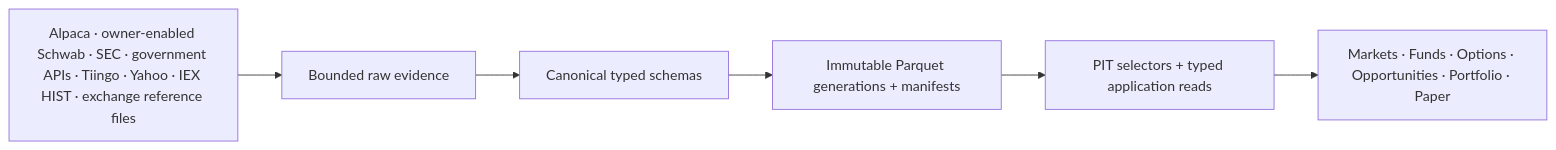
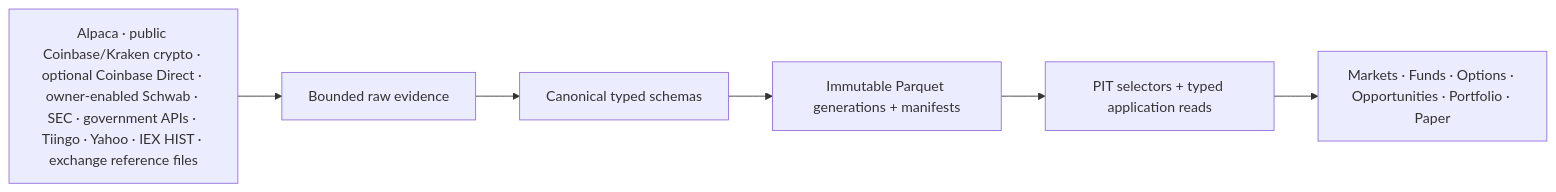
One commit to Sawmonabo/market-squawk changed the second of 4 diagrams in docs/architecture/market-data-provider-architecture.md. Above: the diagram before and after it, drawn with Mermaid. The commit also changed other lines of this file and 55 other files, not shown here.

````diff
--- a/docs/architecture/market-data-provider-architecture.md
+++ b/docs/architecture/market-data-provider-architecture.md
@@ -383,11 +396,11 @@
 ```mermaid
 flowchart LR
-    Sources["Alpaca · owner-enabled Schwab · SEC · government APIs · Tiingo · Yahoo · IEX HIST · exchange reference files"]
+    Sources["Alpaca · public Coinbase/Kraken crypto · optional Coinbase Direct · owner-enabled Schwab · SEC · government APIs · Tiingo · Yahoo · IEX HIST · exchange reference files"]
     Raw["Bounded raw evidence"]
     Canonical["Canonical typed schemas"]
     Store["Immutable Parquet generations + manifests"]
     Select["PIT selectors + typed application reads"]
     UI["Markets · Funds · Options · Opportunities · Portfolio · Paper"]
 
     Sources --> Raw --> Canonical --> Store --> Select --> UI
 ```
````
